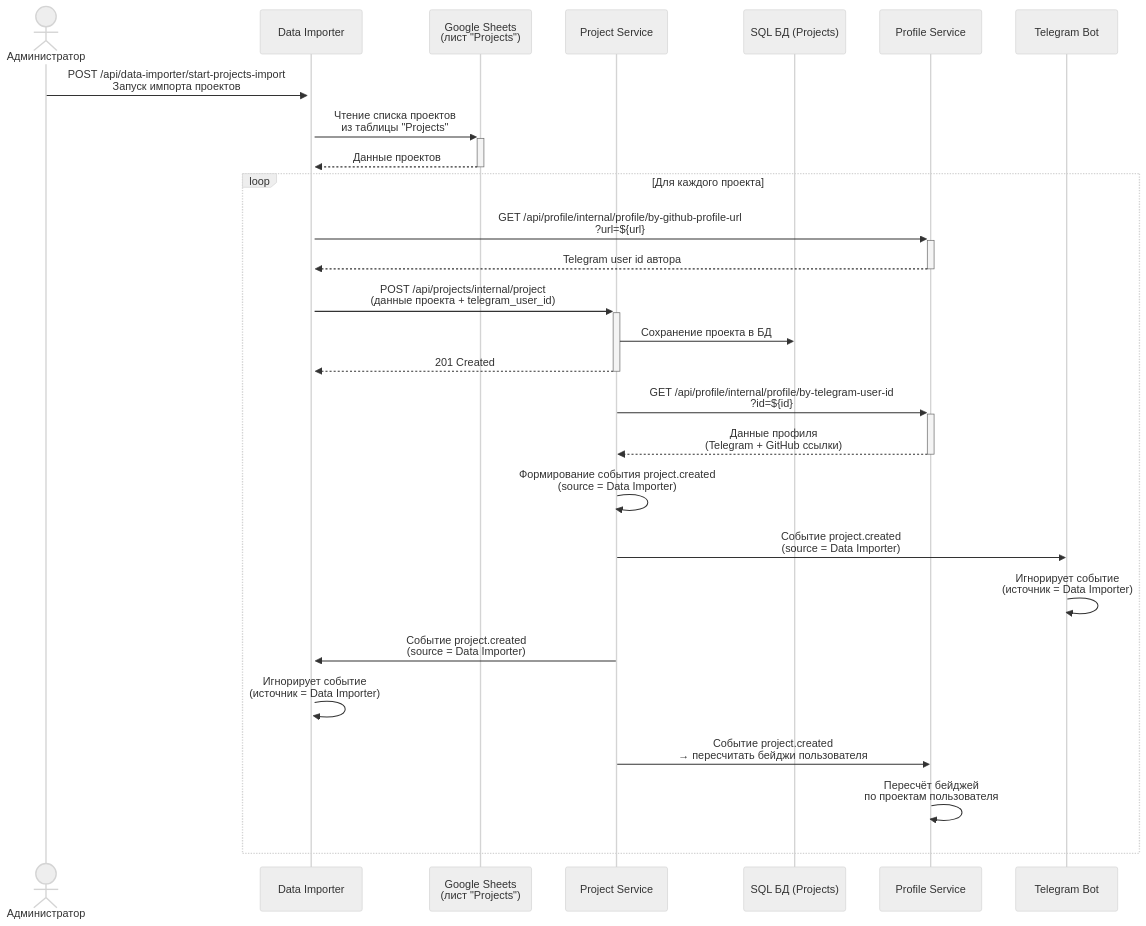
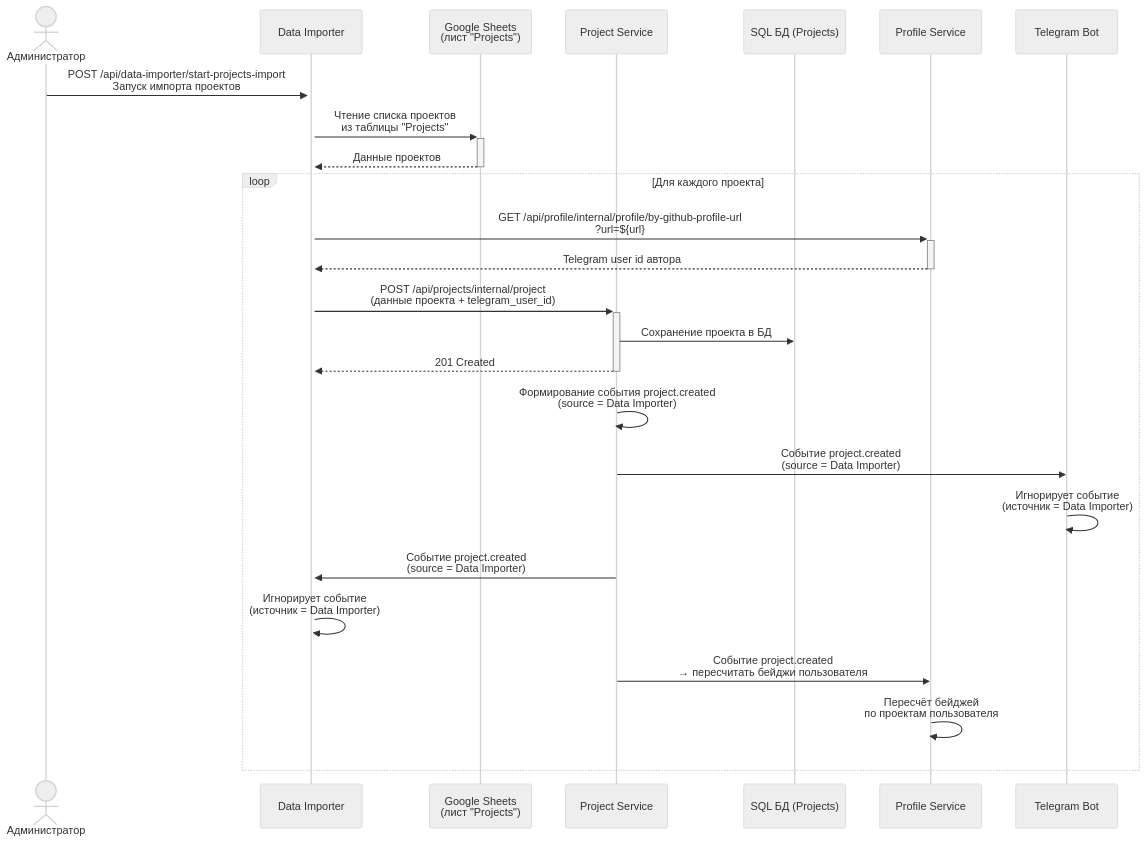
One commit to it-mentor-community-platform/meta changed the third of 3 diagrams in system-analytics/functionality/projects-bookkeeping.md. Above: the diagram before and after it, drawn with Mermaid (neutral theme). The commit also changed other lines of this file, not shown here.

First line of the commit message:
system analytics: projects bookkeeping - unnecessary requests to profile service removed

````diff
--- a/system-analytics/functionality/projects-bookkeeping.md
+++ b/system-analytics/functionality/projects-bookkeeping.md
@@ -113,39 +104,36 @@
 ```mermaid
 sequenceDiagram
     actor Admin as Администратор
     participant DataImporter as Data Importer
     participant GoogleSheet as Google Sheets<br/>(лист "Projects")
     participant ProjectService as Project Service
     participant SQLDB as SQL БД (Projects)
     participant ProfileService as Profile Service
     participant TelegramBot as Telegram Bot
 
     Admin ->>+ DataImporter: POST /api/data-importer/start-projects-import<br/>Запуск импорта проектов
 
     DataImporter ->>+ GoogleSheet: Чтение списка проектов<br/>из таблицы "Projects"
     GoogleSheet -->>- DataImporter: Данные проектов
 
     loop Для каждого проекта
         DataImporter ->>+ ProfileService: GET /api/profile/internal/profile/by-github-profile-url<br/>?url=${url}
         ProfileService -->>- DataImporter: Telegram user id автора
 
         DataImporter ->>+ ProjectService: POST /api/projects/internal/project<br/>(данные проекта + telegram_user_id)
 
         ProjectService ->> SQLDB: Сохранение проекта в БД
         ProjectService -->>- DataImporter: 201 Created
 
-        ProjectService ->>+ ProfileService: GET /api/profile/internal/profile/by-telegram-user-id<br/>?id=${id}
-        ProfileService -->>- ProjectService: Данные профиля<br/>(Telegram + GitHub ссылки)
-
         ProjectService ->> ProjectService: Формирование события project.created<br/>(source = Data Importer)
 
         ProjectService ->> TelegramBot: Событие project.created<br/>(source = Data Importer)
         TelegramBot ->> TelegramBot: Игнорирует событие<br/>(источник = Data Importer)
 
         ProjectService ->> DataImporter: Событие project.created<br/>(source = Data Importer)
         DataImporter ->> DataImporter: Игнорирует событие<br/>(источник = Data Importer)
 
         ProjectService ->> ProfileService: Событие project.created<br/>→ пересчитать бейджи пользователя
         ProfileService ->> ProfileService: Пересчёт бейджей<br/>по проектам пользователя
     end
 ```
````
